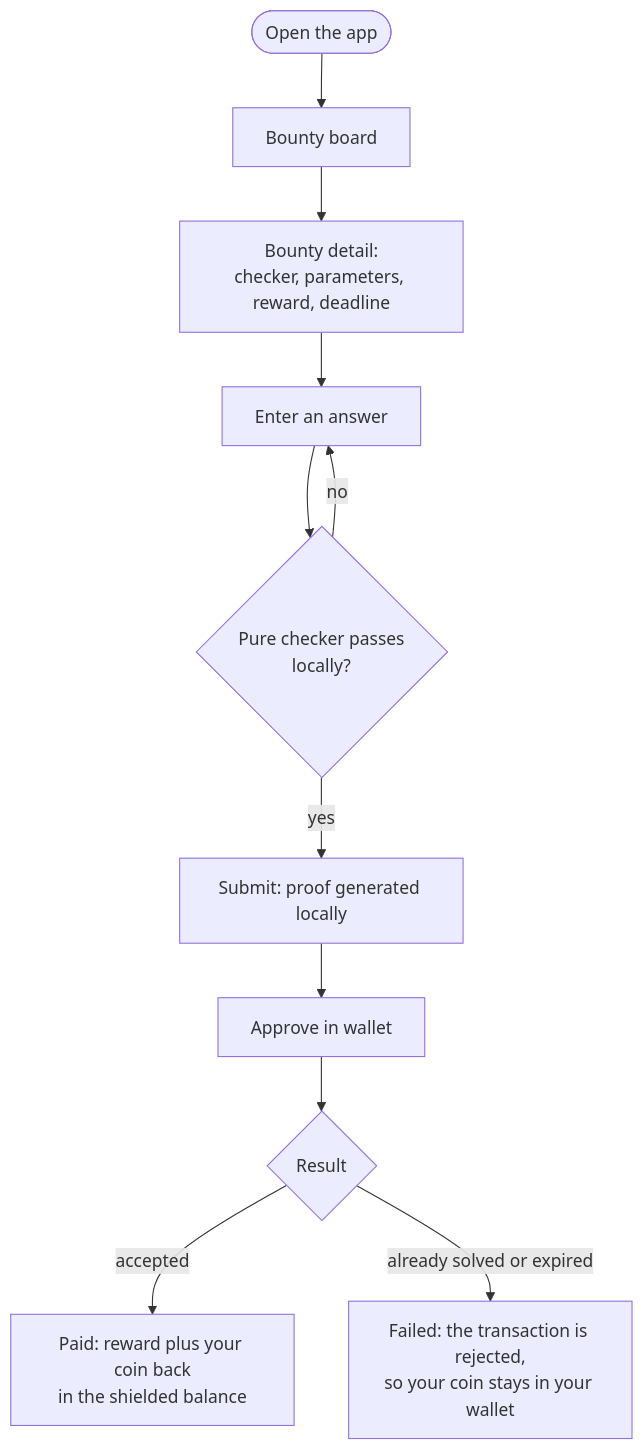
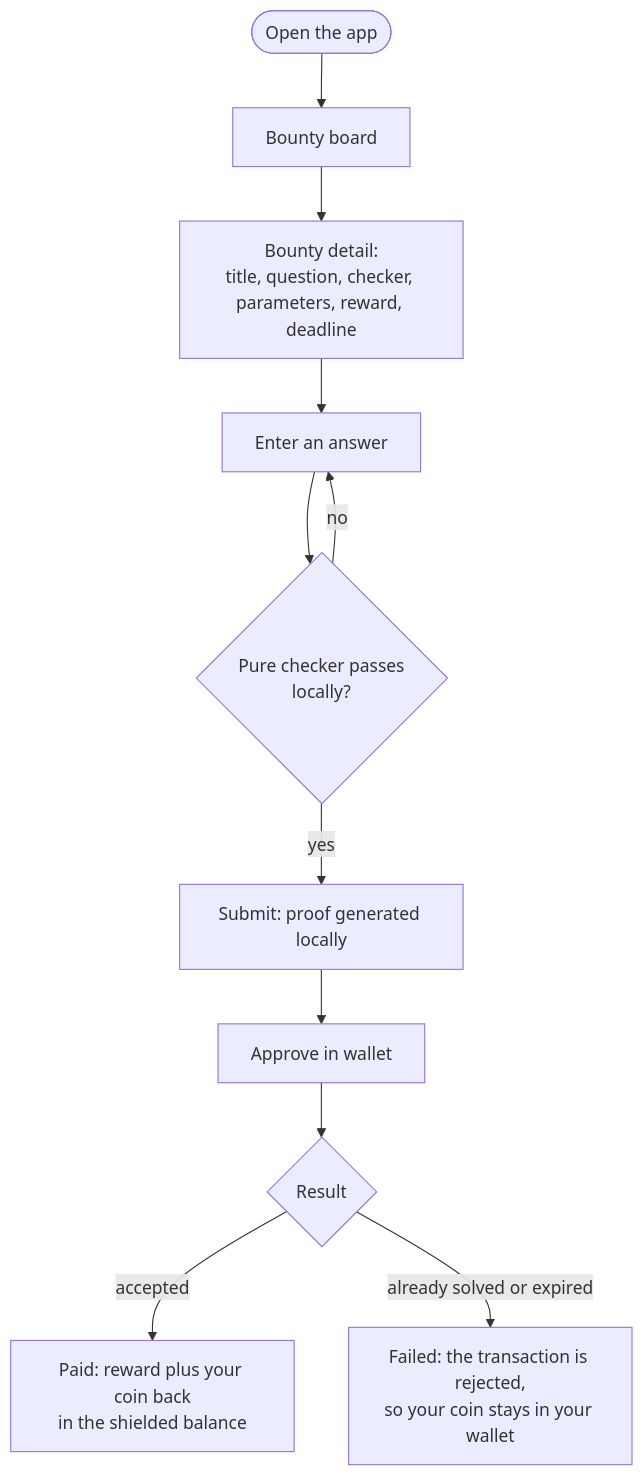
Before and after one commit to Kanasjnr/Midnight-private-bounties: the second of 11 diagrams in ARCHITECTURE.md, drawn with Mermaid. The commit also changed other lines of this file and 9 other files, not shown here.

First line of the commit message:
Give every bounty a title and a question

````diff
--- a/ARCHITECTURE.md
+++ b/ARCHITECTURE.md
@@ -309,13 +317,13 @@
 ```mermaid
 flowchart TD
   A(["Open the app"]) --> B["Bounty board"]
-  B --> C["Bounty detail:<br/>checker, parameters, reward, deadline"]
+  B --> C["Bounty detail:<br/>title, question, checker, parameters, reward, deadline"]
   C --> D["Enter an answer"]
   D --> E{"Pure checker passes<br/>locally?"}
   E -->|no| D
   E -->|yes| G["Submit: proof generated locally"]
   G --> H["Approve in wallet"]
   H --> I{"Result"}
   I -->|"accepted"| J["Paid: reward plus your coin back<br/>in the shielded balance"]
   I -->|"already solved or expired"| K["Failed: the transaction is rejected,<br/>so your coin stays in your wallet"]
 ```
````
